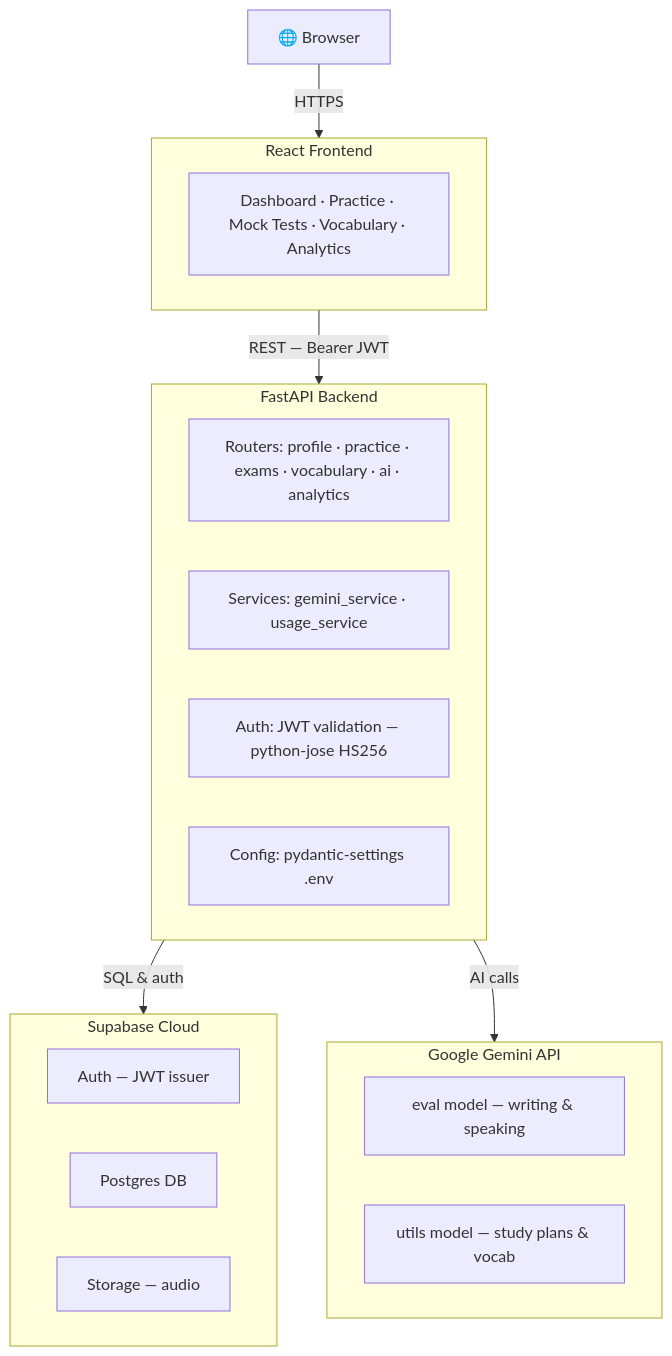
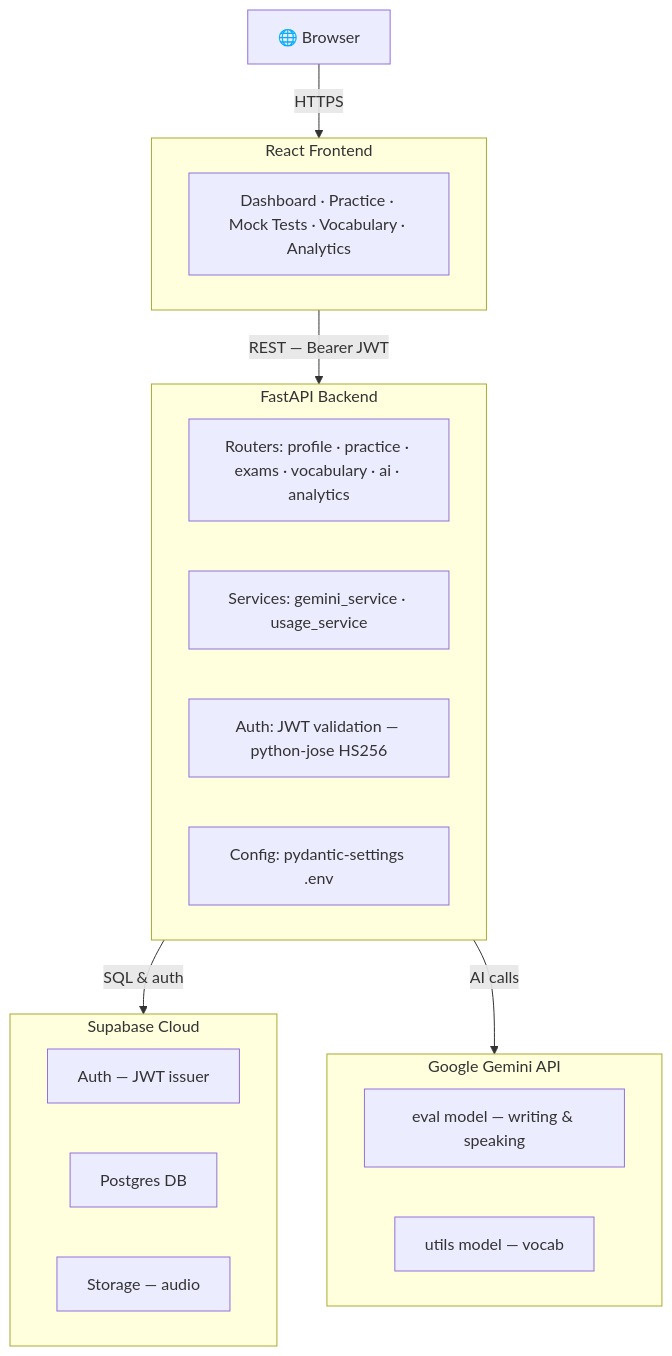
One commit to Jenil013/Frensify changed the diagram in README.md. Above: the diagram before and after it, drawn with Mermaid. The commit also changed other lines of this file and 44 other files, not shown here.

````diff
--- a/README.md
+++ b/README.md
@@ -11,31 +11,31 @@
 ```mermaid
 graph TD
     Browser["🌐 Browser"]
 
     subgraph Frontend["React Frontend"]
         Pages["Dashboard · Practice · Mock Tests · Vocabulary · Analytics"]
     end
 
     subgraph API["FastAPI Backend"]
         Routers["Routers: profile · practice · exams · vocabulary · ai · analytics"]
         Services["Services: gemini_service · usage_service"]
         Auth["Auth: JWT validation — python-jose HS256"]
         Config["Config: pydantic-settings .env"]
     end
 
     subgraph Supabase["Supabase Cloud"]
         SupaAuth["Auth — JWT issuer"]
         SupaDB["Postgres DB"]
         SupaStorage["Storage — audio"]
     end
 
     subgraph Gemini["Google Gemini API"]
         EvalModel["eval model — writing & speaking"]
-        UtilsModel["utils model — study plans & vocab"]
+        UtilsModel["utils model — vocab"]
     end
 
     Browser -->|HTTPS| Frontend
     Frontend -->|"REST — Bearer JWT"| API
     API -->|SQL & auth| Supabase
     API -->|AI calls| Gemini
 ```
````
